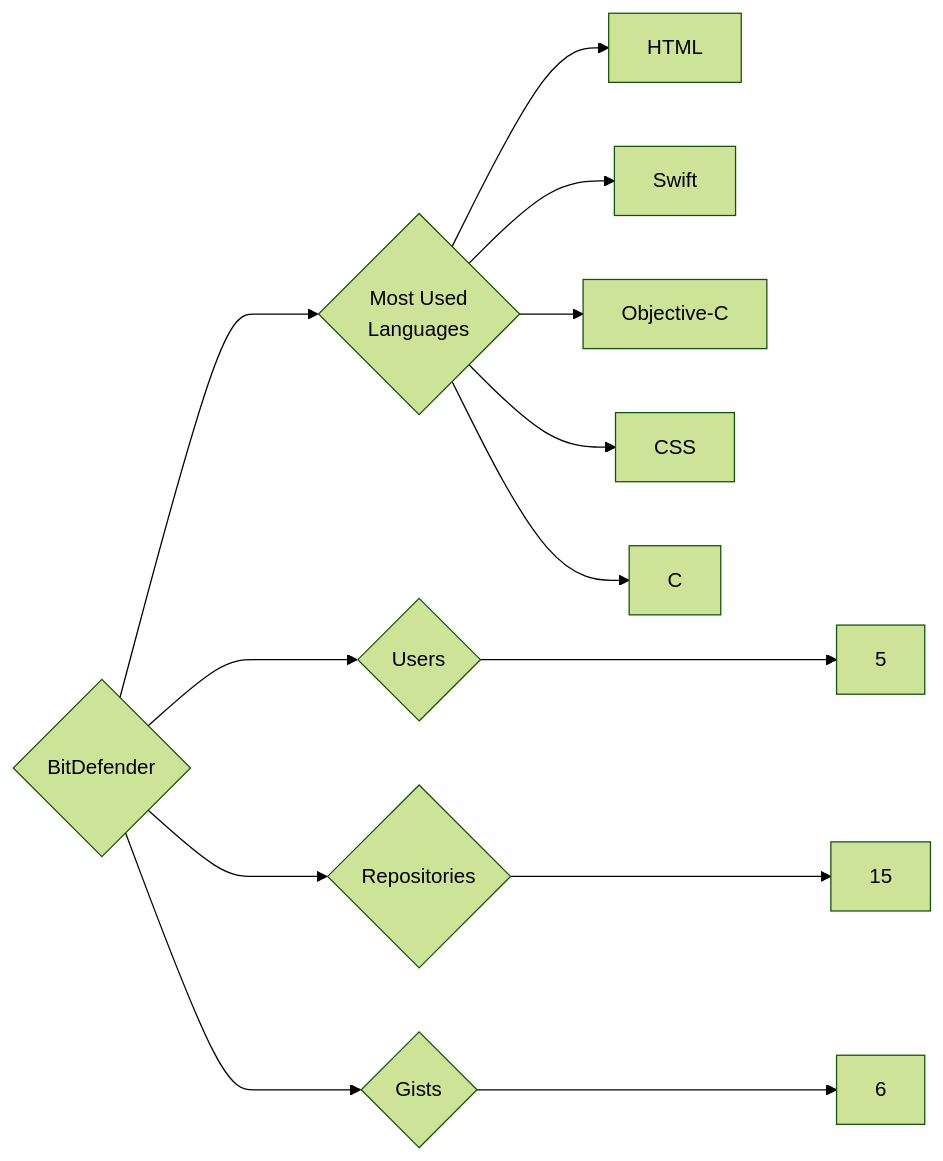
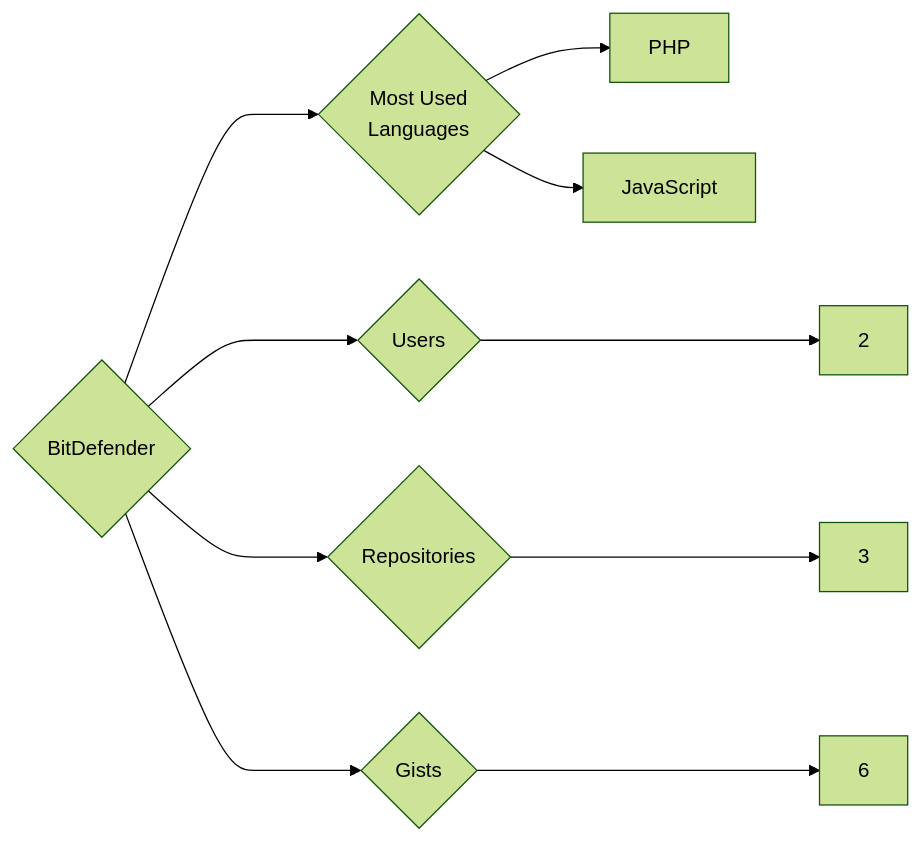
Before and after one commit to trickest/insiders: the diagram in targets/BitDefender/README.md, drawn with Mermaid (forest theme). The commit also changed 657 other files, not shown here.

````diff
--- a/targets/BitDefender/README.md
+++ b/targets/BitDefender/README.md
@@ -3,13 +3,10 @@
 ```mermaid
 graph LR
 COMPANY_NAME{BitDefender}
-COMPANY_NAME ---> U{Users} ---> UN[5]
-COMPANY_NAME ---> R{Repositories} ---> RN[15]
+COMPANY_NAME ---> U{Users} ---> UN[2]
+COMPANY_NAME ---> R{Repositories} ---> RN[3]
 COMPANY_NAME ---> G{Gists} ---> GN[6]
 COMPANY_NAME ---> ML{Most Used<br>Languages}
-ML --> HTML[HTML]
-ML --> Swift[Swift]
-ML --> Objective-C[Objective-C]
-ML --> CSS[CSS]
-ML --> C[C]
+ML --> PHP[PHP]
+ML --> JavaScript[JavaScript]
 ```
````
